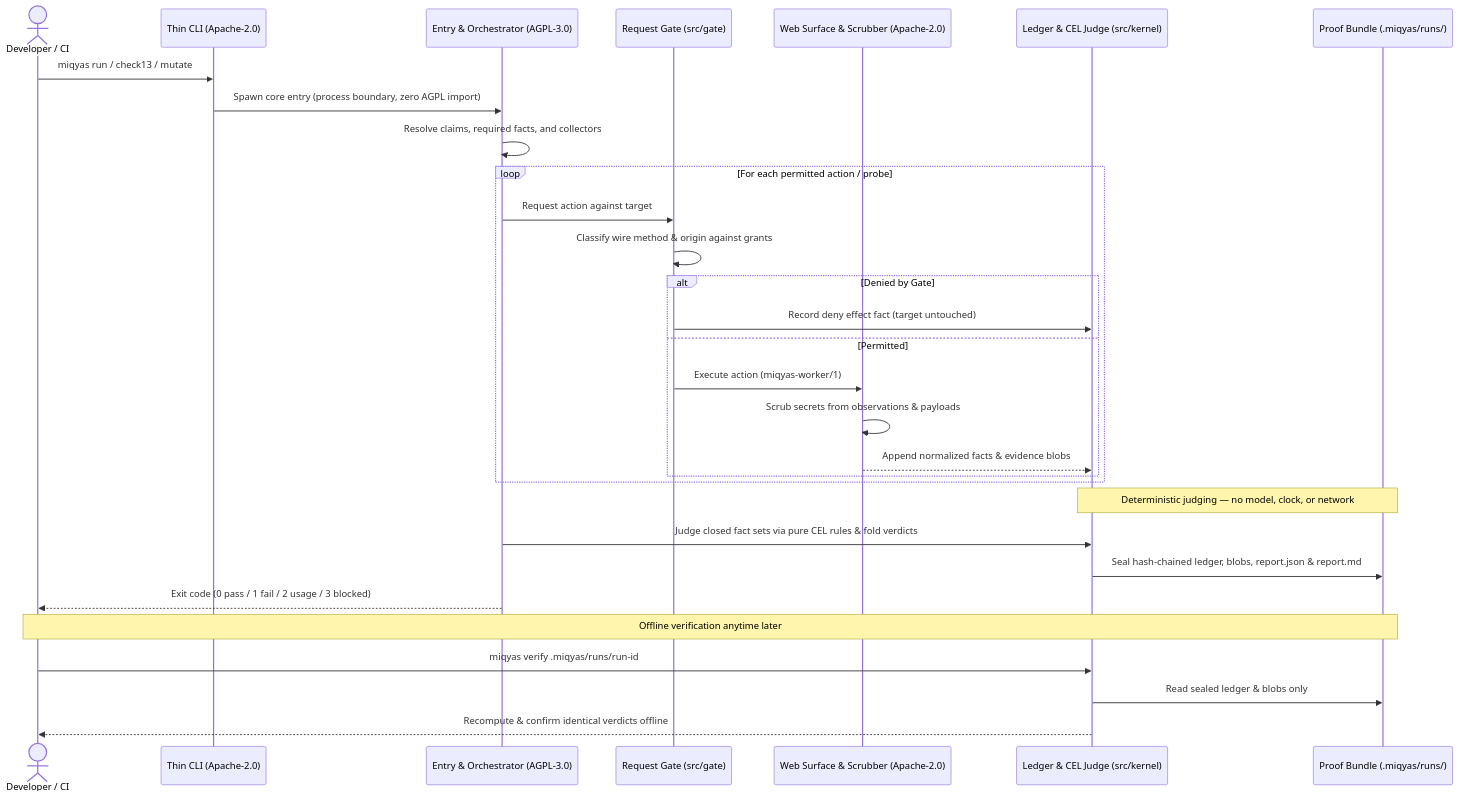
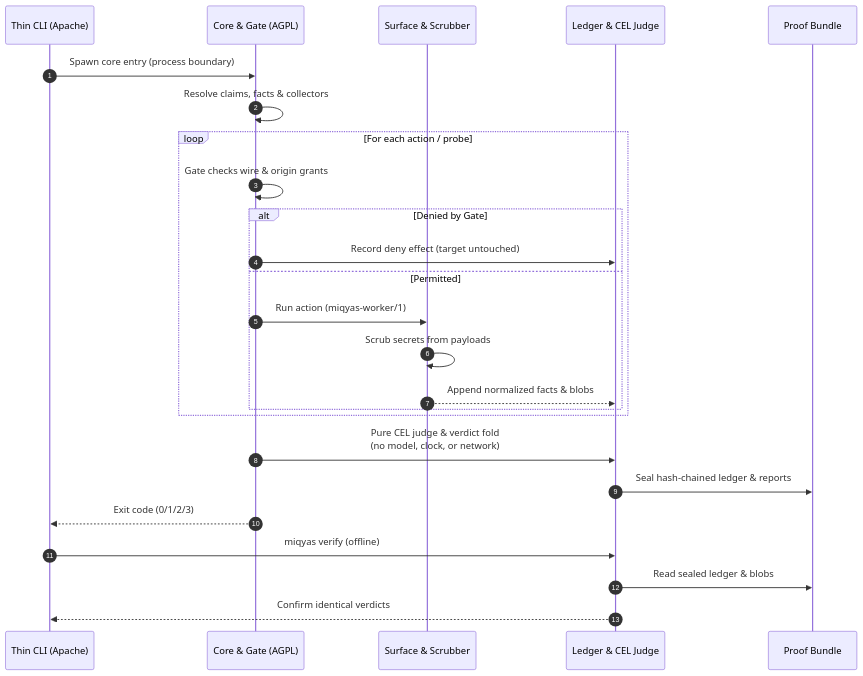
The third of 4 diagrams in README.md (Ahmad-AlModhayan/miqyas), drawn with Mermaid before and after one commit. The commit also changed other lines of this file, not shown here.

First line of the commit message:
docs(readme): refine C4 + UML layout, arrow routing, and sequence syntax

````diff
--- a/README.md
+++ b/README.md
@@ -132,36 +145,31 @@
 ```mermaid
 sequenceDiagram
-    actor Caller as Developer / CI
-    participant CLI as Thin CLI (Apache-2.0)
-    participant Core as Entry & Orchestrator (AGPL-3.0)
-    participant Gate as Request Gate (src/gate)
-    participant Worker as Web Surface & Scrubber (Apache-2.0)
-    participant Kernel as Ledger & CEL Judge (src/kernel)
-    participant Bundle as Proof Bundle (.miqyas/runs/)
+    autonumber
+    participant CLI as Thin CLI (Apache)
+    participant Core as Core & Gate (AGPL)
+    participant Worker as Surface & Scrubber
+    participant Kernel as Ledger & CEL Judge
+    participant Bundle as Proof Bundle
 
-    Caller->>CLI: miqyas run / check13 / mutate
-    CLI->>Core: Spawn core entry (process boundary, zero AGPL import)
-    Core->>Core: Resolve claims, required facts, and collectors
+    CLI->>Core: Spawn core entry (process boundary)
+    Core->>Core: Resolve claims, facts & collectors
 
-    loop For each permitted action / probe
-        Core->>Gate: Request action against target
-        Gate->>Gate: Classify wire method & origin against grants
+    loop For each action / probe
+        Core->>Core: Gate checks wire & origin grants
         alt Denied by Gate
-            Gate->>Kernel: Record deny effect fact (target untouched)
+            Core->>Kernel: Record deny effect (target untouched)
         else Permitted
-            Gate->>Worker: Execute action (miqyas-worker/1)
-            Worker->>Worker: Scrub secrets from observations & payloads
-            Worker-->>Kernel: Append normalized facts & evidence blobs
+            Core->>Worker: Run action (miqyas-worker/1)
+            Worker->>Worker: Scrub secrets from payloads
+            Worker-->>Kernel: Append normalized facts & blobs
         end
     end
 
-    Note over Kernel,Bundle: Deterministic judging — no model, clock, or network
-    Core->>Kernel: Judge closed fact sets via pure CEL rules & fold verdicts
-    Kernel->>Bundle: Seal hash-chained ledger, blobs, report.json & report.md
-    Core-->>Caller: Exit code (0 pass / 1 fail / 2 usage / 3 blocked)
+    Core->>Kernel: Pure CEL judge & verdict fold<br/>(no model, clock, or network)
+    Kernel->>Bundle: Seal hash-chained ledger & reports
+    Core-->>CLI: Exit code (0/1/2/3)
 
-    Note over Caller,Bundle: Offline verification anytime later
-    Caller->>Kernel: miqyas verify .miqyas/runs/run-id
-    Kernel->>Bundle: Read sealed ledger & blobs only
-    Kernel-->>Caller: Recompute & confirm identical verdicts offline
+    CLI->>Kernel: miqyas verify (offline)
+    Kernel->>Bundle: Read sealed ledger & blobs
+    Kernel-->>CLI: Confirm identical verdicts
 ```
````
